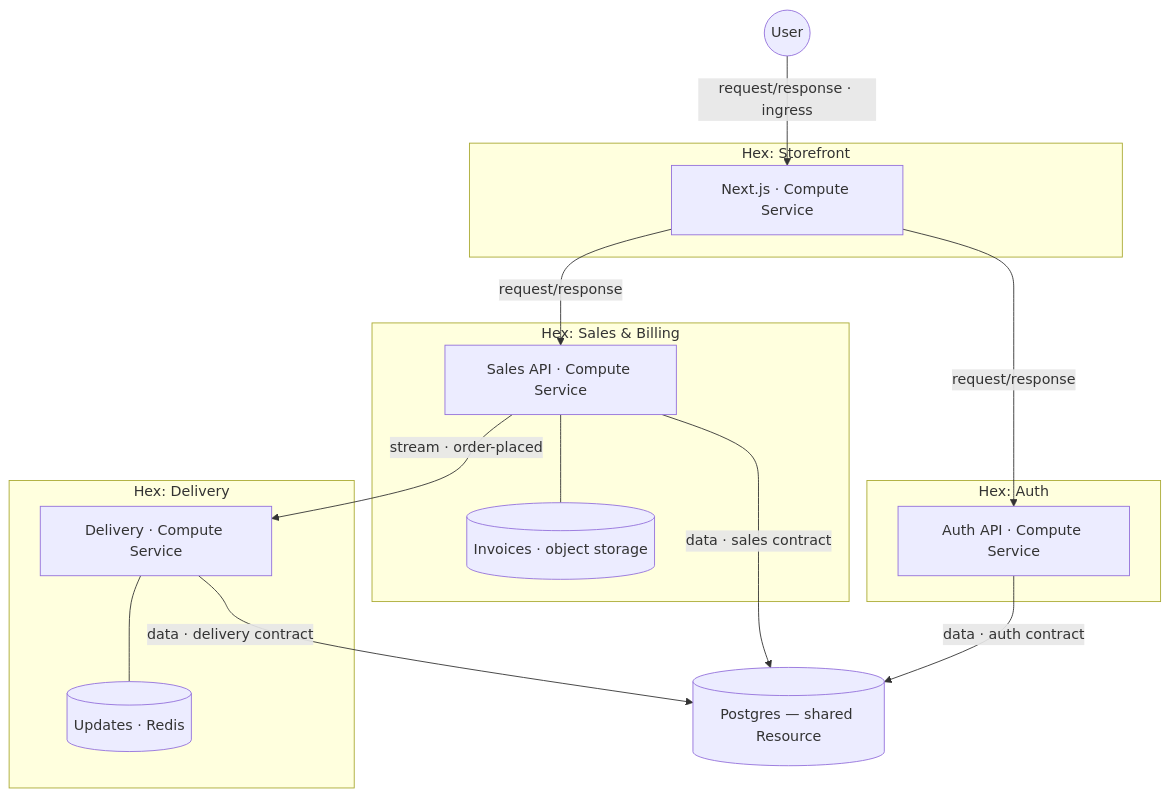
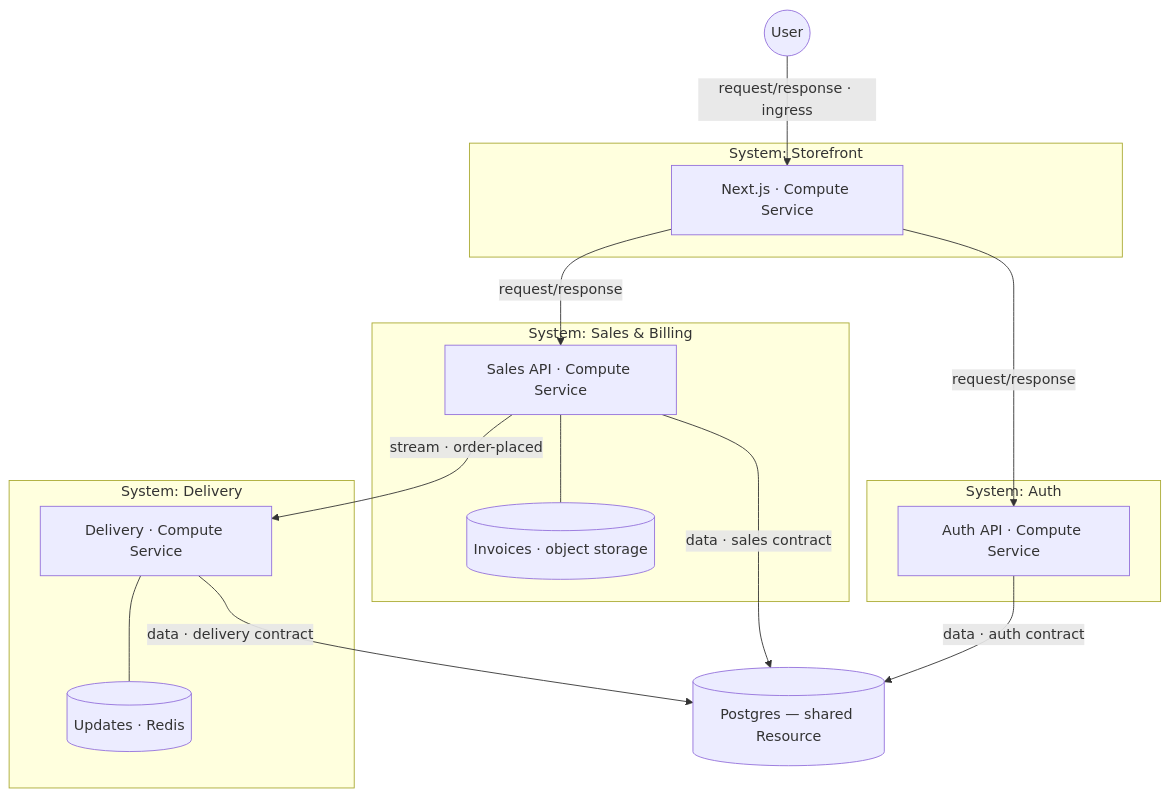
The diagram in README.md (prisma/app), drawn with Mermaid before and after one commit. The commit also changed other lines of this file and 3 other files, not shown here.

````diff
--- a/README.md
+++ b/README.md
@@ -23,30 +24,30 @@
 ```mermaid
 flowchart TB
   User((User))
 
-  subgraph Storefront["Hex: Storefront"]
+  subgraph Storefront["System: Storefront"]
     SF["Next.js · Compute Service"]
   end
-  subgraph Sales["Hex: Sales & Billing"]
+  subgraph Sales["System: Sales & Billing"]
     SA["Sales API · Compute Service"]
     INV[("Invoices · object storage")]
     SA --- INV
   end
-  subgraph Delivery["Hex: Delivery"]
+  subgraph Delivery["System: Delivery"]
     DE["Delivery · Compute Service"]
     RD[("Updates · Redis")]
     DE --- RD
   end
-  subgraph Auth["Hex: Auth"]
+  subgraph Auth["System: Auth"]
     AU["Auth API · Compute Service"]
   end
   PG[("Postgres — shared Resource")]
 
   User -->|request/response · ingress| SF
   SF -->|request/response| SA
   SF -->|request/response| AU
   SA -->|stream · order-placed| DE
   SA -->|data · sales contract| PG
   DE -->|data · delivery contract| PG
   AU -->|data · auth contract| PG
 ```
````
